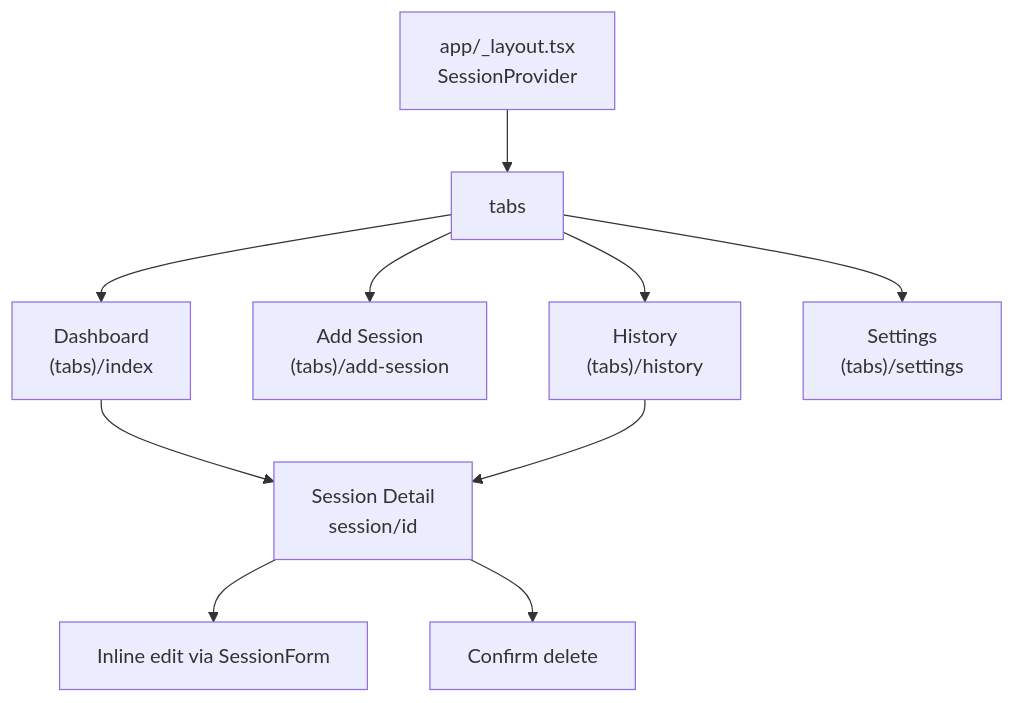
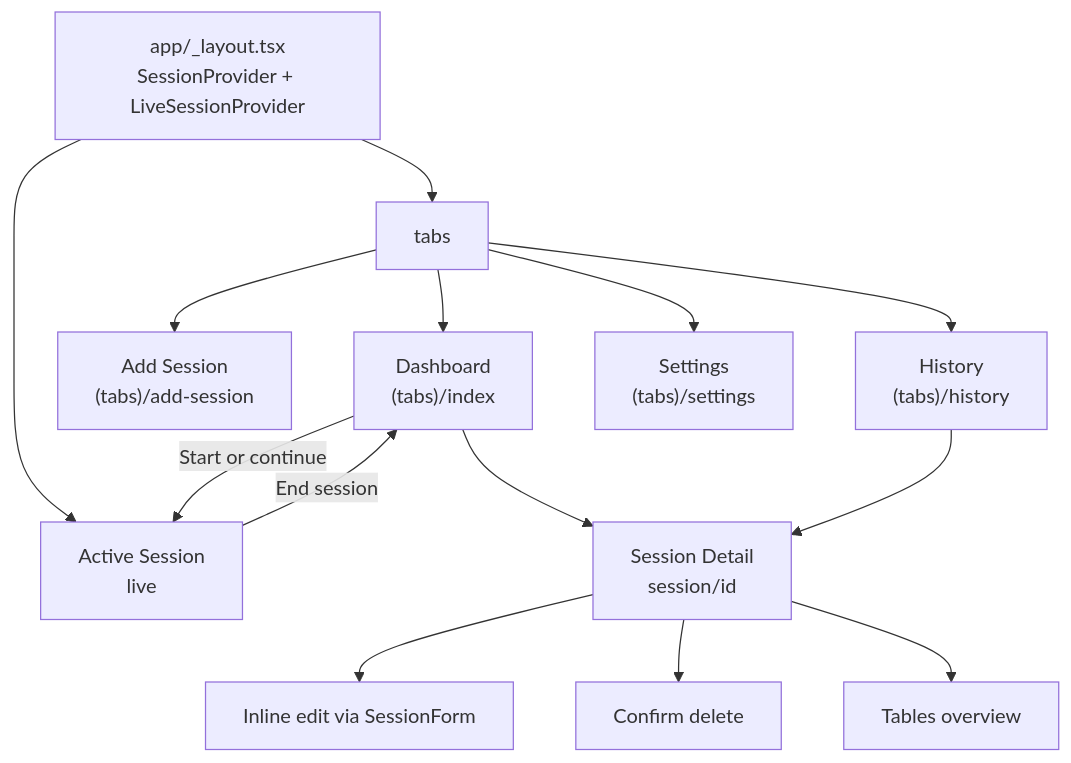
One commit to Trevor5008/StackTrack changed the first of 7 diagrams in docs/flow.md. Above: the diagram before and after it, drawn with Mermaid. The commit also changed other lines of this file and 14 other files, not shown here.

Commit message:
feat: add live session shell w/ pause/resume/end timer Persist in-progress sessions and tables in SQLite and into history Timer-based hours, and a tables overview on session detail README.md updated with current file structure

````diff
--- a/docs/flow.md
+++ b/docs/flow.md
@@ -7,14 +7,18 @@
 ```mermaid
 flowchart TD
-  Root["app/_layout.tsx<br/>SessionProvider"] --> Tabs[tabs]
+  Root["app/_layout.tsx<br/>SessionProvider + LiveSessionProvider"] --> Tabs[tabs]
+  Root --> Live["Active Session<br/>live"]
 
   Tabs --> Dashboard["Dashboard<br/>(tabs)/index"]
   Tabs --> Add["Add Session<br/>(tabs)/add-session"]
   Tabs --> History["History<br/>(tabs)/history"]
   Tabs --> Settings["Settings<br/>(tabs)/settings"]
 
+  Dashboard -->|Start or continue| Live
+  Live -->|End session| Dashboard
   Dashboard --> Detail["Session Detail<br/>session/id"]
   History --> Detail
   Detail --> Edit[Inline edit via SessionForm]
   Detail --> Delete[Confirm delete]
+  Detail --> Tables[Tables overview]
 ```
````
